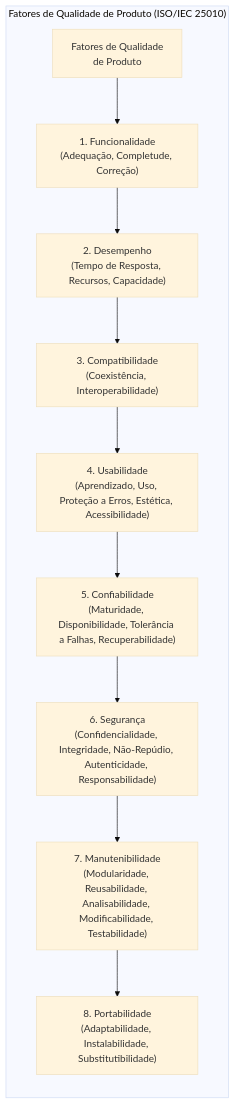
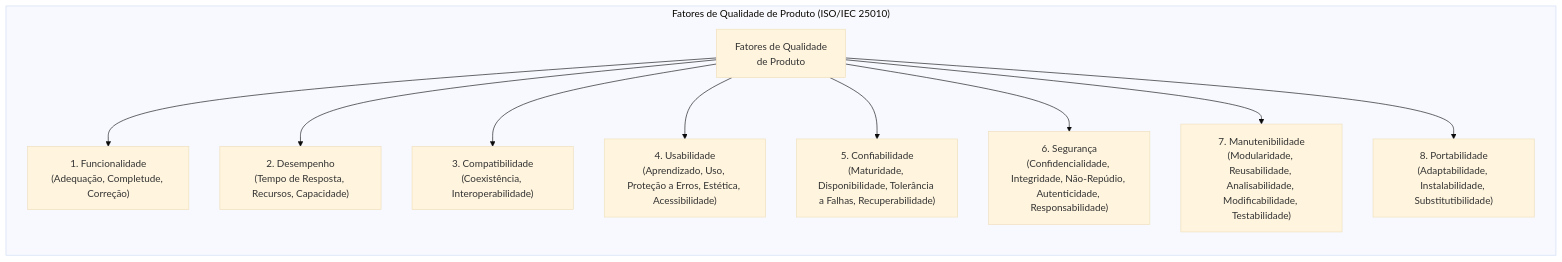
The third of 3 diagrams in 01. Programacao Modular/05. Fatores externos de qualidade de software.md (leorruas/puc), drawn with Mermaid (base theme) before and after one commit.

Commit message:
fix(diagram): conecta o no central diretamente a todas as 8 dimensoes da ISO/IEC 25010 com ramificacao vertical correta

````diff
--- a/01. Programacao Modular/05. Fatores externos de qualidade de software.md
+++ b/01. Programacao Modular/05. Fatores externos de qualidade de software.md
@@ -148,25 +148,16 @@
 ```mermaid
 flowchart TD
     subgraph ISO25010 ["Fatores de Qualidade de Produto (ISO/IEC 25010)"]
         direction TB
         Root["Fatores de Qualidade<br>de Produto"]
 
-        C1["1. Funcionalidade<br>(Adequação, Completude, Correção)"]
-        C2["2. Desempenho<br>(Tempo de Resposta, Recursos, Capacidade)"]
-        C3["3. Compatibilidade<br>(Coexistência, Interoperabilidade)"]
-        C4["4. Usabilidade<br>(Aprendizado, Uso, Proteção a Erros, Estética, Acessibilidade)"]
-        C5["5. Confiabilidade<br>(Maturidade, Disponibilidade, Tolerância a Falhas, Recuperabilidade)"]
-        C6["6. Segurança<br>(Confidencialidade, Integridade, Não-Repúdio, Autenticidade, Responsabilidade)"]
-        C7["7. Manutenibilidade<br>(Modularidade, Reusabilidade, Analisabilidade, Modificabilidade, Testabilidade)"]
-        C8["8. Portabilidade<br>(Adaptabilidade, Instalabilidade, Substitutibilidade)"]
-
-        Root --> C1
-        C1 --> C2
-        C2 --> C3
-        C3 --> C4
-        C4 --> C5
-        C5 --> C6
-        C6 --> C7
-        C7 --> C8
+        Root --> C1["1. Funcionalidade<br>(Adequação, Completude, Correção)"]
+        Root --> C2["2. Desempenho<br>(Tempo de Resposta, Recursos, Capacidade)"]
+        Root --> C3["3. Compatibilidade<br>(Coexistência, Interoperabilidade)"]
+        Root --> C4["4. Usabilidade<br>(Aprendizado, Uso, Proteção a Erros, Estética, Acessibilidade)"]
+        Root --> C5["5. Confiabilidade<br>(Maturidade, Disponibilidade, Tolerância a Falhas, Recuperabilidade)"]
+        Root --> C6["6. Segurança<br>(Confidencialidade, Integridade, Não-Repúdio, Autenticidade, Responsabilidade)"]
+        Root --> C7["7. Manutenibilidade<br>(Modularidade, Reusabilidade, Analisabilidade, Modificabilidade, Testabilidade)"]
+        Root --> C8["8. Portabilidade<br>(Adaptabilidade, Instalabilidade, Substitutibilidade)"]
     end
 ```
````
